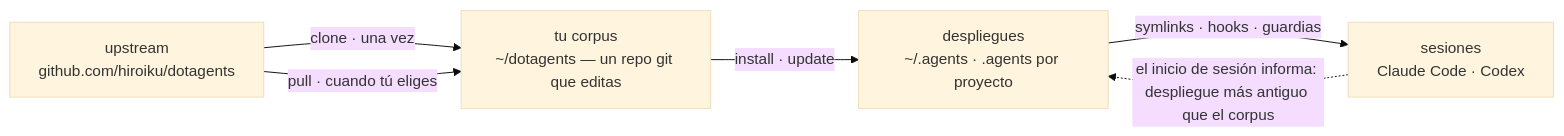
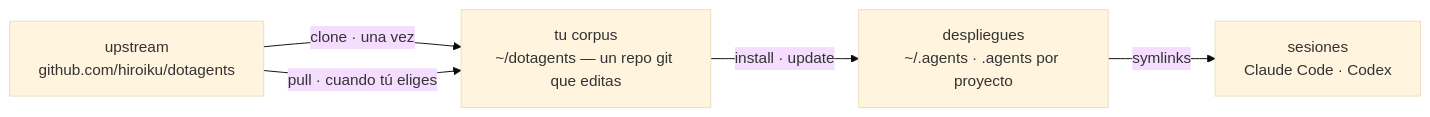
The diagram in docs/README.es.md (hiroiku/dotagents), drawn with Mermaid (base theme) before and after one commit. The commit also changed other lines of this file and 25 other files, not shown here.

````diff
--- a/docs/README.es.md
+++ b/docs/README.es.md
@@ -18,12 +18,11 @@
 ```mermaid
 flowchart LR
     UP["upstream<br>github.com/hiroiku/dotagents"]
     C["tu corpus<br>~/dotagents — un repo git que editas"]
     A["despliegues<br>~/.agents · .agents por proyecto"]
     S["sesiones<br>Claude Code · Codex"]
     UP -->|"clone · una vez"| C
     UP -->|"pull · cuando tú eliges"| C
     C -->|"install · update"| A
-    A -->|"symlinks · hooks · guardias"| S
-    S -.->|"el inicio de sesión informa: despliegue más antiguo que el corpus"| A
+    A -->|"symlinks"| S
 ```
````
